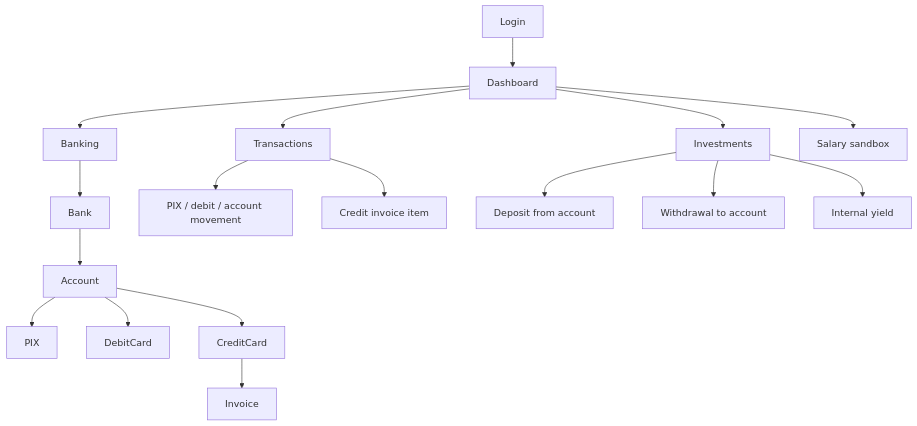
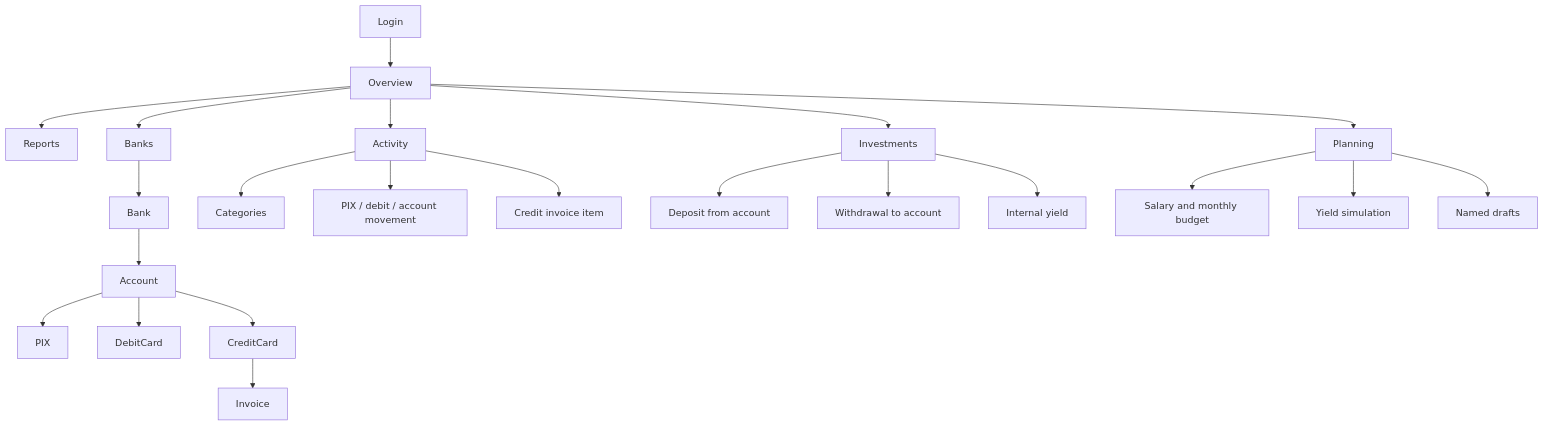
Before and after one commit to HenriqueMayer/TuxedoFinance: the diagram in docs/product-requirements.md, drawn with Mermaid. The commit also changed other lines of this file and 188 other files, not shown here.

````diff
--- a/docs/product-requirements.md
+++ b/docs/product-requirements.md
@@ -217,19 +222,24 @@
 ```mermaid
 flowchart TD
-    Login --> Dashboard
-    Dashboard --> Banking
-    Dashboard --> Transactions
-    Dashboard --> Investments
-    Dashboard --> SalarySandbox[Salary sandbox]
+    Login --> Overview
+    Overview --> Reports
+    Overview --> Banking[Banks]
+    Overview --> Transactions[Activity]
+    Overview --> Investments
+    Overview --> Planning
+    Transactions --> Categories
+    Planning --> SalarySandbox[Salary and monthly budget]
+    Planning --> Simulation[Yield simulation]
+    Planning --> Drafts[Named drafts]
     Banking --> Bank
     Bank --> Account
     Account --> PIX
     Account --> DebitCard
     Account --> CreditCard
     CreditCard --> Invoice
     Transactions --> Immediate[PIX / debit / account movement]
     Transactions --> Deferred[Credit invoice item]
     Investments --> Deposit[Deposit from account]
     Investments --> Withdrawal[Withdrawal to account]
     Investments --> Yield[Internal yield]
 ```
````
